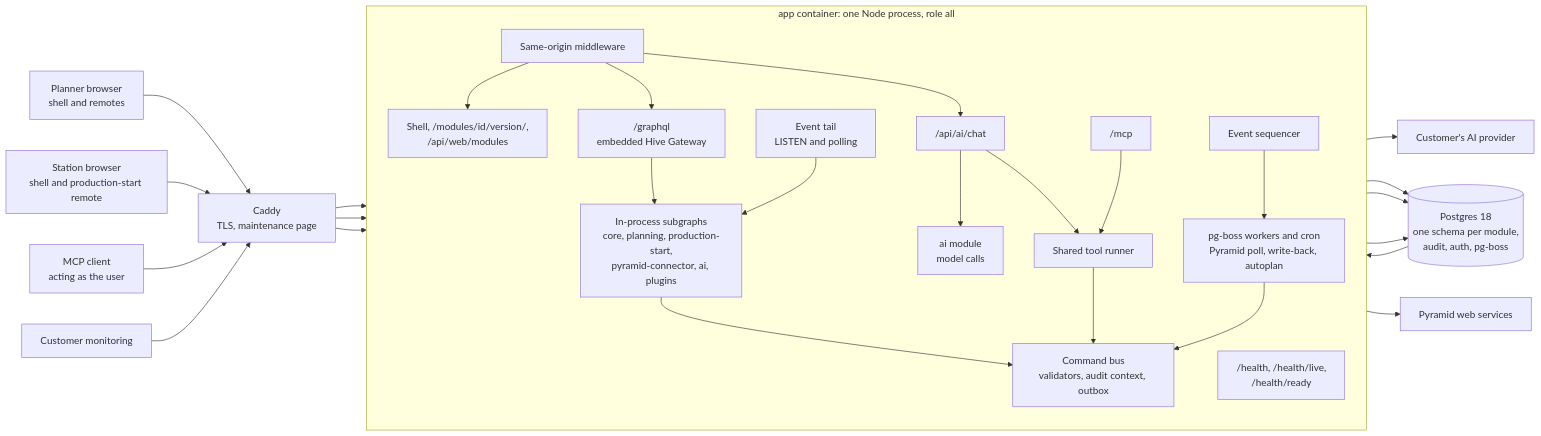
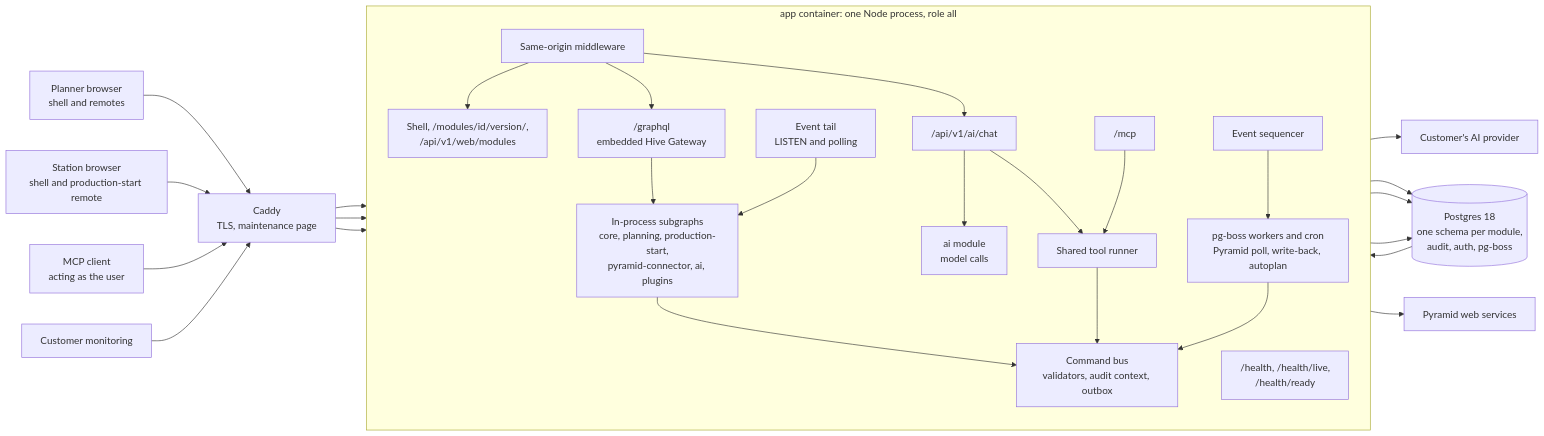
Before and after one commit to northMES/northmes: the first of 7 diagrams in docs/plan/02-architecture.md, drawn with Mermaid. The commit also changed other lines of this file and 21 other files, not shown here.

````diff
--- a/docs/plan/02-architecture.md
+++ b/docs/plan/02-architecture.md
@@ -18,55 +18,55 @@
 ```mermaid
 flowchart LR
   planner["Planner browser<br/>shell and remotes"]
   station["Station browser<br/>shell and production-start remote"]
   agent["MCP client<br/>acting as the user"]
   monitor["Customer monitoring"]
   caddy["Caddy<br/>TLS, maintenance page"]
 
   subgraph app["app container: one Node process, role all"]
     direction TB
     origin["Same-origin middleware"]
-    web["Shell, /modules/id/version/,<br/>/api/web/modules"]
+    web["Shell, /modules/id/version/,<br/>/api/v1/web/modules"]
     gql["/graphql<br/>embedded Hive Gateway"]
     subs["In-process subgraphs<br/>core, planning, production-start,<br/>pyramid-connector, ai, plugins"]
-    chat["/api/ai/chat"]
+    chat["/api/v1/ai/chat"]
     mcp["/mcp"]
     runner["Shared tool runner"]
     bus["Command bus<br/>validators, audit context, outbox"]
     ai["ai module<br/>model calls"]
     seq["Event sequencer"]
     jobs["pg-boss workers and cron<br/>Pyramid poll, write-back, autoplan"]
     tail["Event tail<br/>LISTEN and polling"]
     health["/health, /health/live,<br/>/health/ready"]
   end
 
   db[("Postgres 18<br/>one schema per module,<br/>audit, auth, pg-boss")]
   pyr["Pyramid web services"]
   llm["Customer's AI provider"]
 
   planner --> caddy
   station --> caddy
   agent --> caddy
   monitor --> caddy
   caddy --> origin
   caddy --> mcp
   caddy --> health
   origin --> web
   origin --> gql
   origin --> chat
   gql --> subs
   subs --> bus
   chat --> ai
   chat --> runner
   mcp --> runner
   runner --> bus
   ai --> llm
   bus --> db
   runner --> db
   seq --> db
   seq --> jobs
   jobs --> bus
   jobs --> pyr
   db --> tail
   tail --> subs
 ```
````
